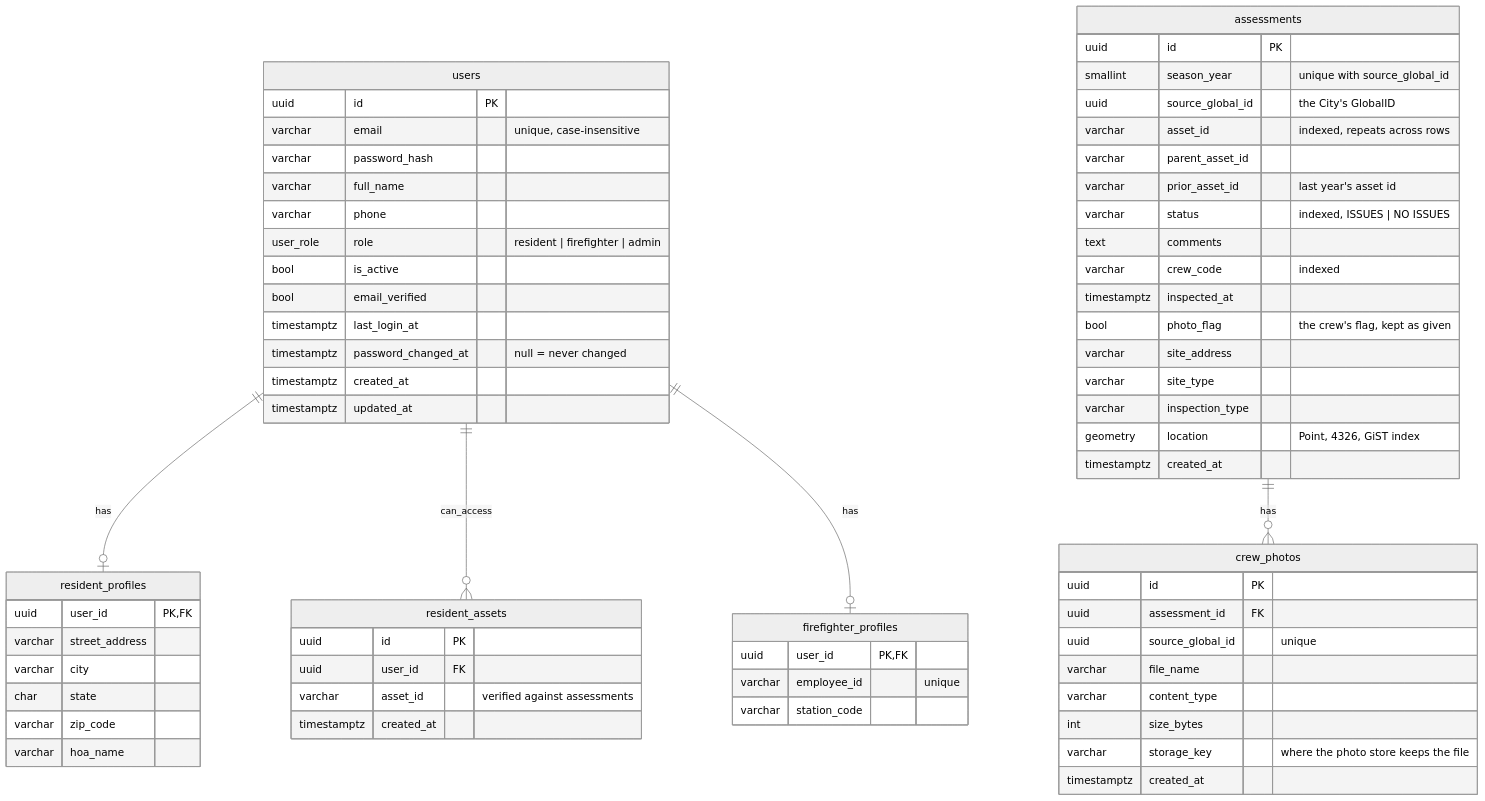
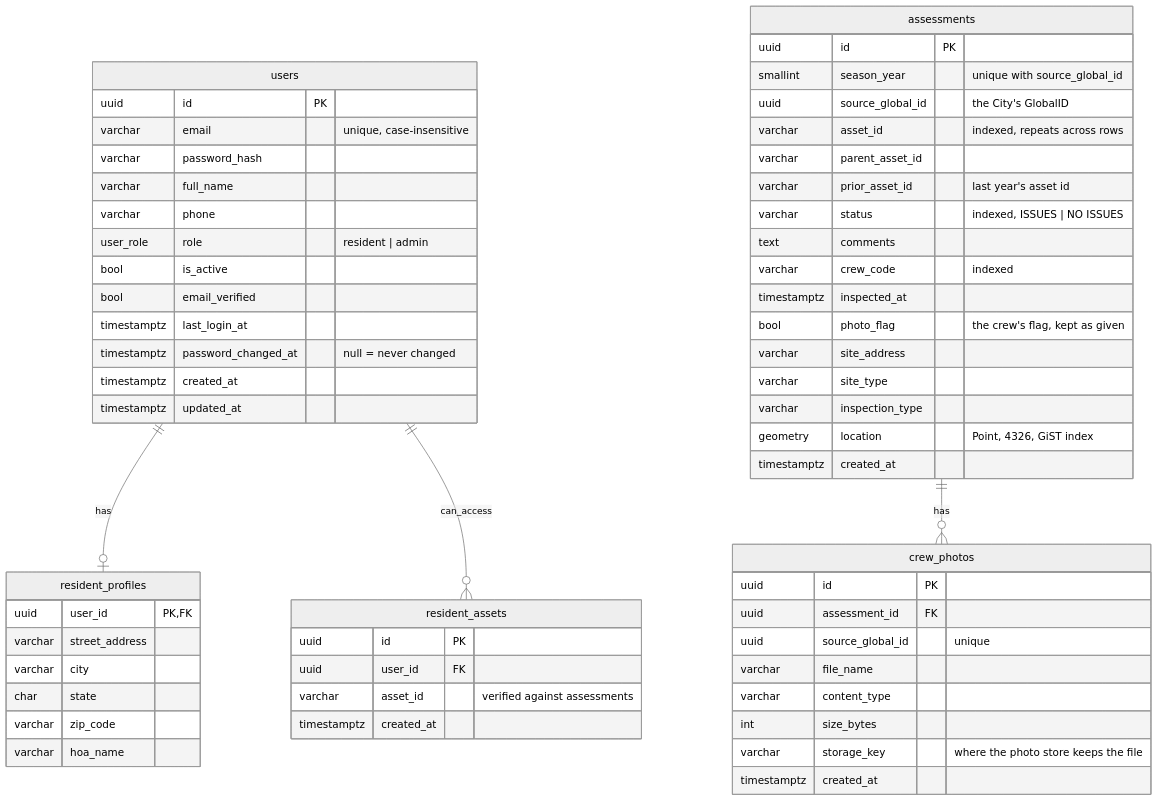
One commit to fliu-sfd/Fire_Haz_Veg_Portal changed the diagram in docs/database.md. Above: the diagram before and after it, drawn with Mermaid (neutral theme). The commit also changed other lines of this file and 1 other file, not shown here.

Commit message:
docs: update backend and database docs for two roles

````diff
--- a/docs/database.md
+++ b/docs/database.md
@@ -28,69 +28,63 @@
 ```mermaid
 erDiagram
     users ||--o| resident_profiles : has
     users ||--o{ resident_assets : can_access
-    users ||--o| firefighter_profiles : has
     assessments ||--o{ crew_photos : has
 
     users {
         uuid id PK
         varchar email "unique, case-insensitive"
         varchar password_hash
         varchar full_name
         varchar phone
-        user_role role "resident | firefighter | admin"
+        user_role role "resident | admin"
         bool is_active
         bool email_verified
         timestamptz last_login_at
         timestamptz password_changed_at "null = never changed"
         timestamptz created_at
         timestamptz updated_at
     }
     resident_profiles {
         uuid user_id PK, FK
         varchar street_address
         varchar city
         char state
         varchar zip_code
         varchar hoa_name
     }
     resident_assets {
         uuid id PK
         uuid user_id FK
         varchar asset_id "verified against assessments"
         timestamptz created_at
-    }
-    firefighter_profiles {
-        uuid user_id PK, FK
-        varchar employee_id "unique"
-        varchar station_code
     }
     assessments {
         uuid id PK
         smallint season_year "unique with source_global_id"
         uuid source_global_id "the City's GlobalID"
         varchar asset_id "indexed, repeats across rows"
         varchar parent_asset_id
         varchar prior_asset_id "last year's asset id"
         varchar status "indexed, ISSUES | NO ISSUES"
         text comments
         varchar crew_code "indexed"
         timestamptz inspected_at
         bool photo_flag "the crew's flag, kept as given"
         varchar site_address
         varchar site_type
         varchar inspection_type
         geometry location "Point, 4326, GiST index"
         timestamptz created_at
     }
     crew_photos {
         uuid id PK
         uuid assessment_id FK
         uuid source_global_id "unique"
         varchar file_name
         varchar content_type
         int size_bytes
         varchar storage_key "where the photo store keeps the file"
         timestamptz created_at
     }
 ```
````
